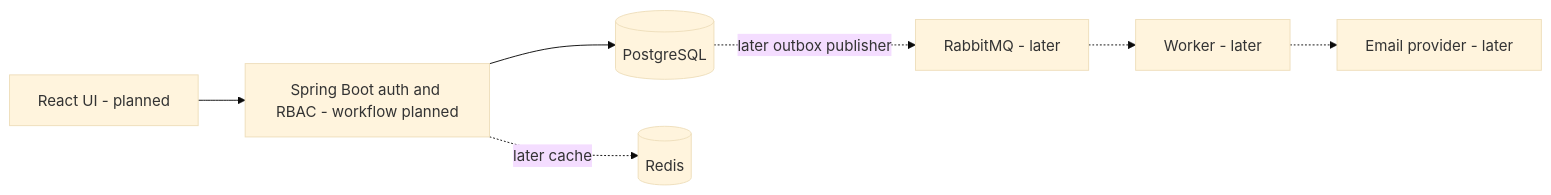
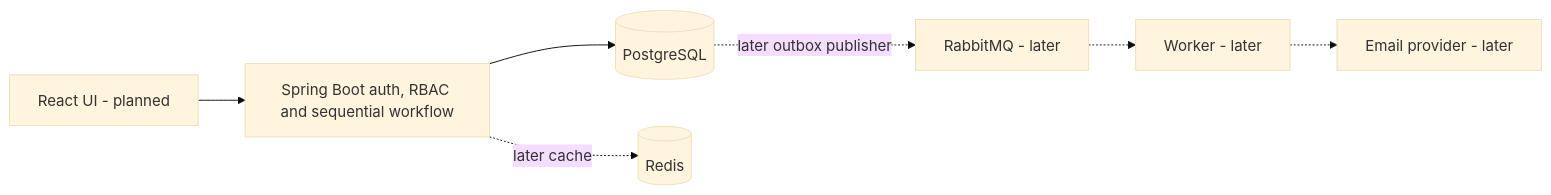
Before and after one commit to sagarbagwe/gateflow: the diagram in README.md, drawn with Mermaid (base theme). The commit also changed other lines of this file and 40 other files, not shown here.

````diff
--- a/README.md
+++ b/README.md
@@ -42,9 +42,9 @@
 ```mermaid
 flowchart LR
-    Browser[React UI - planned] --> API[Spring Boot auth and RBAC - workflow planned]
+    Browser[React UI - planned] --> API[Spring Boot auth, RBAC and sequential workflow]
     API --> DB[(PostgreSQL)]
     API -. later cache .-> Redis[(Redis)]
     DB -. later outbox publisher .-> Queue[RabbitMQ - later]
     Queue -.-> Worker[Worker - later]
     Worker -.-> Mail[Email provider - later]
 ```
````
